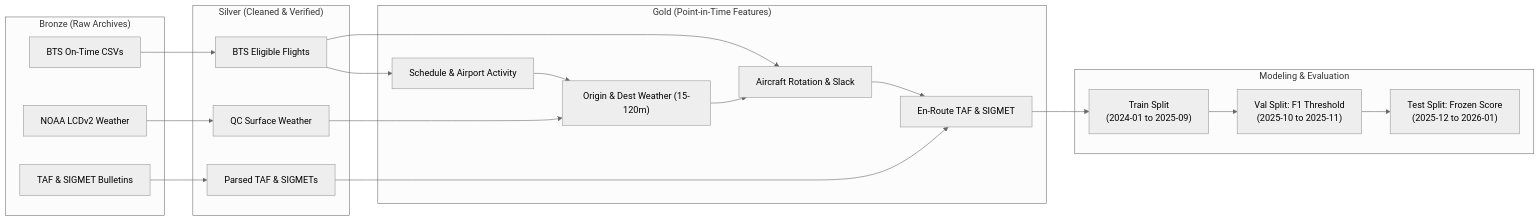
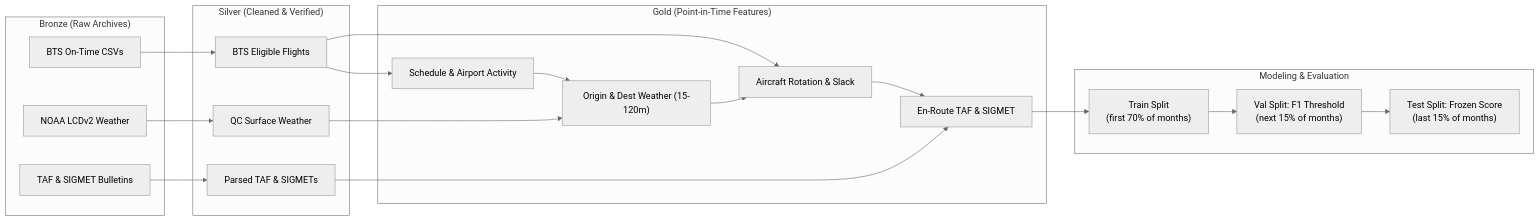
The diagram in README.md (girwandhakal/flight-delay-pipeline), drawn with Mermaid (neutral theme) before and after one commit. The commit also changed other lines of this file and 23 other files, not shown here.

````diff
--- a/README.md
+++ b/README.md
@@ -23,34 +27,34 @@
 ```mermaid
 flowchart LR
     subgraph Bronze["Bronze (Raw Archives)"]
         B1["BTS On-Time CSVs"]
         B2["NOAA LCDv2 Weather"]
         B3["TAF & SIGMET Bulletins"]
     end
 
     subgraph Silver["Silver (Cleaned & Verified)"]
         S1["BTS Eligible Flights"]
         S2["QC Surface Weather"]
         S3["Parsed TAF & SIGMETs"]
     end
 
     subgraph Gold["Gold (Point-in-Time Features)"]
         G1["Schedule & Airport Activity"]
         G2["Origin & Dest Weather (15-120m)"]
         G3["Aircraft Rotation & Slack"]
         G4["En-Route TAF & SIGMET"]
     end
 
     subgraph Modeling["Modeling & Evaluation"]
-        M1["Train Split<br/>(2024-01 to 2025-09)"]
-        M2["Val Split: F1 Threshold<br/>(2025-10 to 2025-11)"]
-        M3["Test Split: Frozen Score<br/>(2025-12 to 2026-01)"]
+        M1["Train Split<br/>(first 70% of months)"]
+        M2["Val Split: F1 Threshold<br/>(next 15% of months)"]
+        M3["Test Split: Frozen Score<br/>(last 15% of months)"]
     end
 
     B1 --> S1 --> G1
     B2 --> S2 --> G2
     S1 --> G3
     B3 --> S3 --> G4
     G1 --> G2 --> G3 --> G4
     G4 --> M1 --> M2 --> M3
 ```
````
